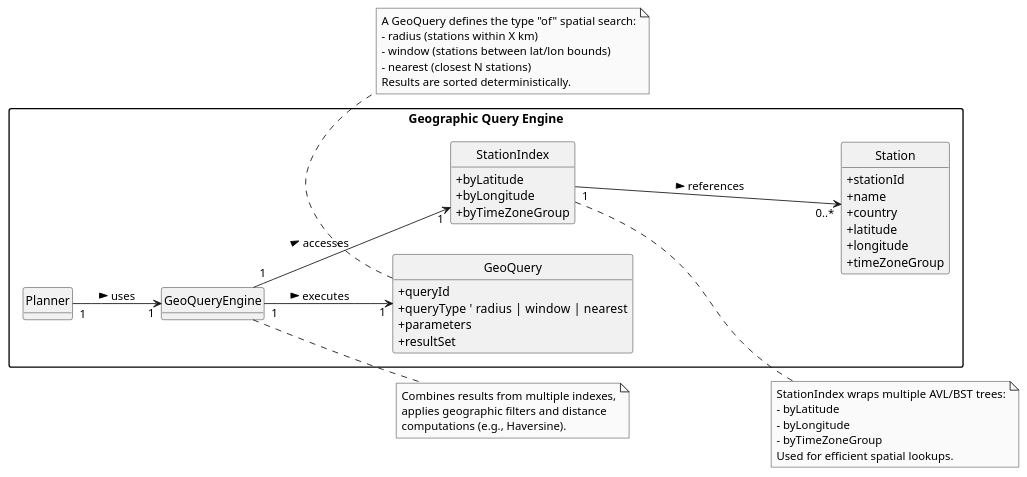
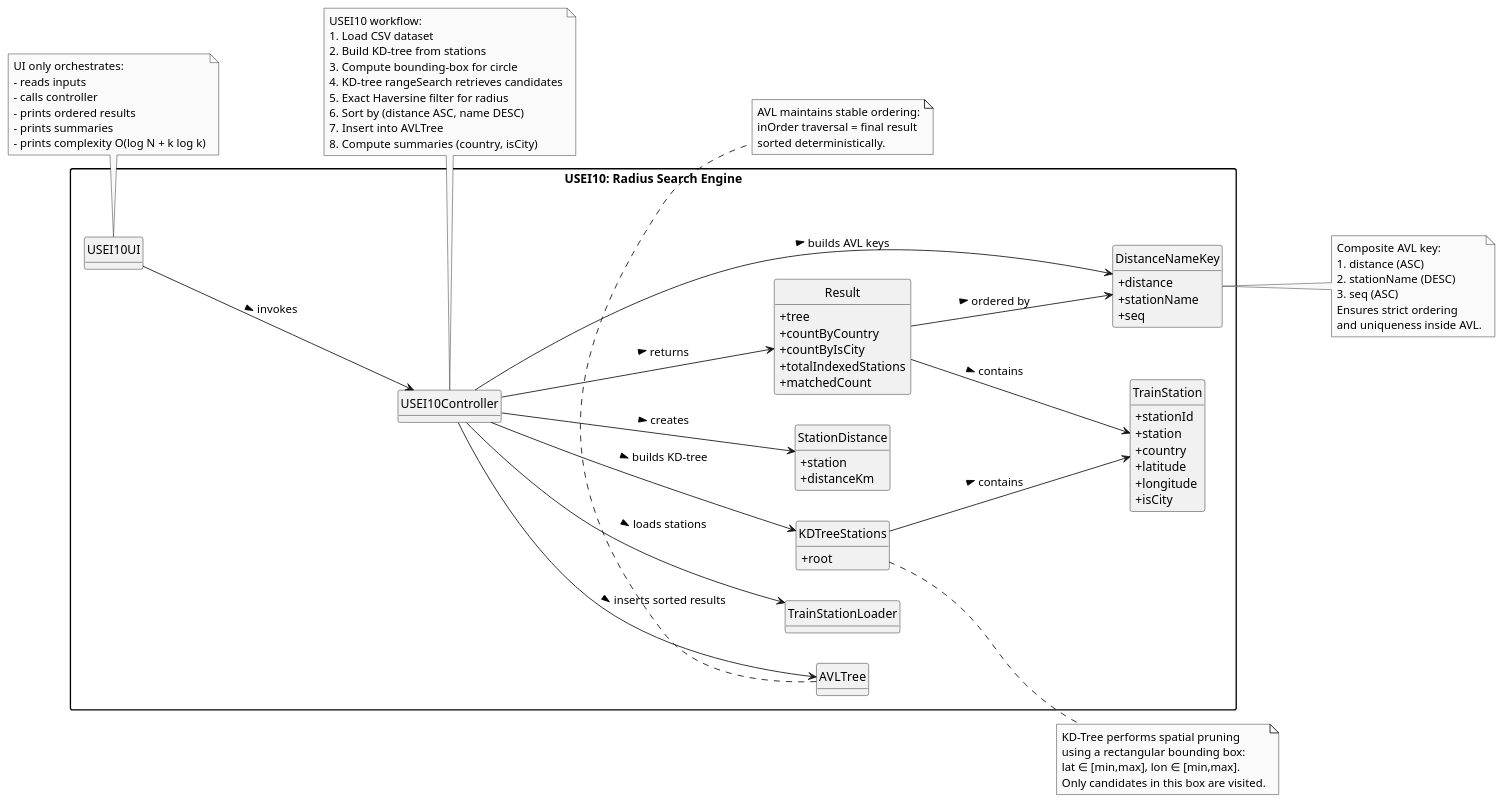
The diagram in doc/Sprint2/USEI/USEI10/analysis/USEI10-DM.puml (DuartePinto1240/sem3-pi-25-26-g013-repo_final), drawn with PlantUML before and after one commit. The commit also changed 3 other files, not shown here.

```diff
--- a/doc/Sprint2/USEI/USEI10/analysis/USEI10-DM.puml
+++ b/doc/Sprint2/USEI/USEI10/analysis/USEI10-DM.puml
@@ -1,77 +1,124 @@
 @startuml
 skinparam monochrome true
 skinparam packageStyle rectangle
 skinparam shadowing false
 skinparam classAttributeIconSize 0
 hide circle
 hide methods
 left to right direction
 
-package "Geographic Query Engine" {
+package "USEI10: Radius Search Engine" {
 
-    class Station {
+    class TrainStation {
         +stationId
-        +name
+        +station
         +country
         +latitude
         +longitude
-        +timeZoneGroup
+        +isCity
     }
 
-    class StationIndex {
-        +byLatitude
-        +byLongitude
-        +byTimeZoneGroup
-        +searchByWindow()
-        +searchByRadius()
+    class TrainStationLoader {
+        +load()
     }
 
-    class GeoQuery {
-        +queryId
-        +queryType  ' radius | window | nearest
-        +parameters
-        +resultSet
+    class KDTreeStations {
+        +root
+        +buildFromStations()
+        +rangeSearch()
     }
 
-    class GeoQueryEngine {
-        +executeQuery()
-        +applyFilters()
-        +computeDistance()
-        +formatResults()
+    class StationDistance {
+        +station
+        +distanceKm
     }
 
-    class Planner {
-        +submitQuery()
-        +viewResults()
+    class DistanceNameKey {
+        +distance
+        +stationName
+        +seq
     }
 
+    class AVLTree {
+        +insert()
+        +inOrder()
+    }
+
+    class USEI10Controller {
+        +radiusSearch()
+        -haversineKm()
+    }
+
+    class Result {
+        +tree
+        +countByCountry
+        +countByIsCity
+        +totalIndexedStations
+        +matchedCount
+    }
+
+    class USEI10UI {
+        +readInputs()
+        +displayResults()
+    }
 }
 
-Planner "1" --> "1" GeoQueryEngine : uses >
-GeoQueryEngine "1" --> "1" GeoQuery : executes >
-GeoQueryEngine "1" --> "1" StationIndex : accesses >
-StationIndex "1" --> "0..*" Station : references >
+' RELATIONSHIPS
 
-note bottom of GeoQuery
-A GeoQuery defines the type "of" spatial search:
-- radius (stations within X km)
-- window (stations between lat/lon bounds)
-- nearest (closest N stations)
-Results are sorted deterministically.
+USEI10UI --> USEI10Controller : invokes >
+USEI10Controller --> TrainStationLoader : loads stations >
+USEI10Controller --> KDTreeStations : builds KD-tree >
+KDTreeStations --> TrainStation : contains >
+USEI10Controller --> StationDistance : creates >
+USEI10Controller --> DistanceNameKey : builds AVL keys >
+USEI10Controller --> AVLTree : inserts sorted results >
+USEI10Controller --> Result : returns >
+Result --> TrainStation : contains >
+Result --> DistanceNameKey : ordered by >
+
+' NOTES
+
+note right of KDTreeStations
+KD-Tree performs spatial pruning
+using a rectangular bounding box:
+lat ∈ [min,max], lon ∈ [min,max].
+Only candidates in this box are visited.
 end note
 
-note right of StationIndex
-StationIndex wraps multiple AVL/BST trees:
-- byLatitude
-- byLongitude
-- byTimeZoneGroup
-Used for efficient spatial lookups.
+note bottom of USEI10Controller
+USEI10 workflow:
+1. Load CSV dataset
+2. Build KD-tree from stations
+3. Compute bounding-box for circle
+4. KD-tree rangeSearch retrieves candidates
+5. Exact Haversine filter for radius
+6. Sort by (distance ASC, name DESC)
+7. Insert into AVLTree
+8. Compute summaries (country, isCity)
 end note
 
-note right of GeoQueryEngine
-Combines results from multiple indexes,
-applies geographic filters and distance
-computations (e.g., Haversine).
+note right of DistanceNameKey
+Composite AVL key:
+1. distance (ASC)
+2. stationName (DESC)
+3. seq (ASC)
+Ensures strict ordering
+and uniqueness inside AVL.
+end note
+
+note bottom of AVLTree
+AVL maintains stable ordering:
+inOrder traversal = final result
+sorted deterministically.
+end note
+
+note bottom of USEI10UI
+UI only orchestrates:
+- reads inputs
+- calls controller
+- prints ordered results
+- prints summaries
+- prints complexity O(log N + k log k)
 end note
 
 @enduml
```
